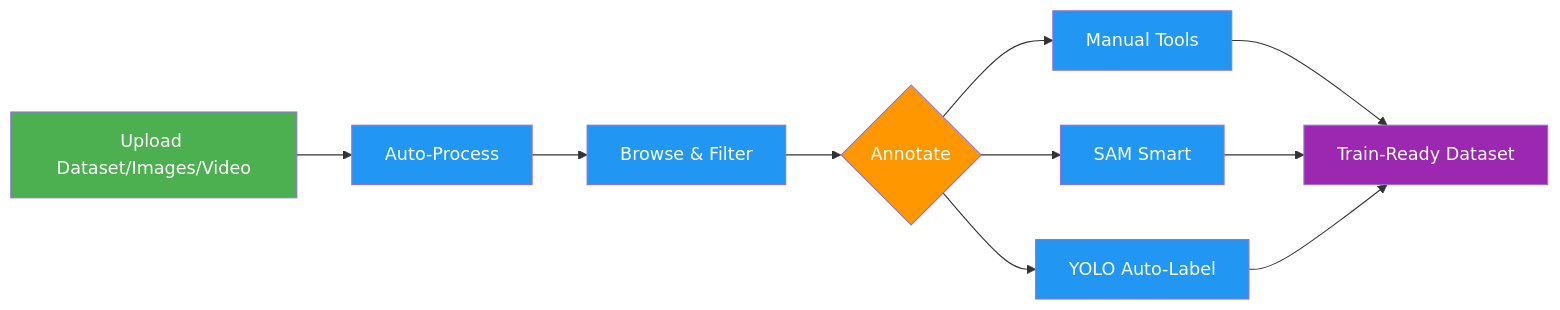
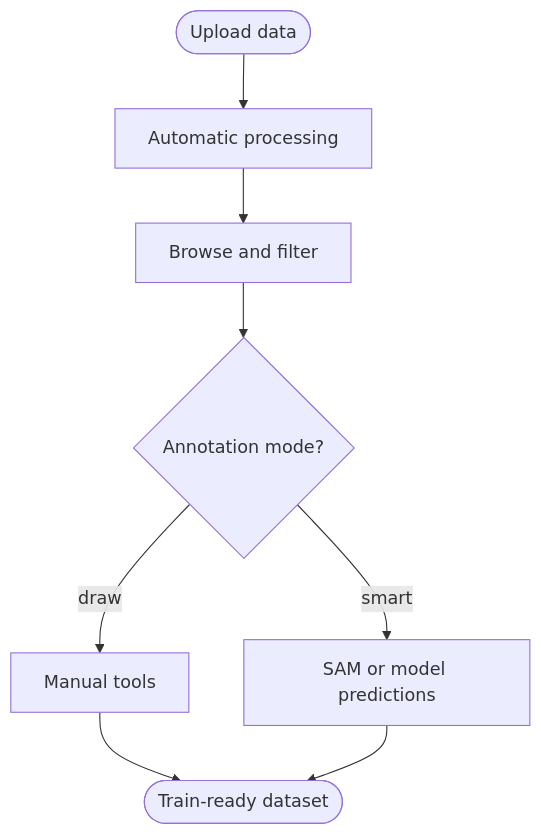
Before and after one commit to ultralytics/ultralytics: the second of 3 diagrams in docs/en/platform/index.md, drawn with Mermaid. The commit also changed other lines of this file and 20 other files, not shown here.

First line of the commit message:
Migrate docs Mermaid diagrams to the unified design system

````diff
--- a/docs/en/platform/index.md
+++ b/docs/en/platform/index.md
@@ -88,17 +82,10 @@
 ```mermaid
-graph LR
-    A[Upload Dataset/Images/Video]:::start --> B[Auto-Process]:::proc
-    B --> C[Browse & Filter]:::proc
-    C --> D{Annotate}:::decide
-    D --> E[Manual Tools]:::proc
-    D --> F[SAM Smart]:::proc
-    D --> G[YOLO Auto-Label]:::proc
-    E --> H[Train-Ready Dataset]:::out
-    F --> H
-    G --> H
-
-    classDef start fill:#4CAF50,color:#fff
-    classDef proc fill:#2196F3,color:#fff
-    classDef decide fill:#FF9800,color:#fff
-    classDef out fill:#9C27B0,color:#fff
+flowchart TD
+    A([Upload data]) --> B[Automatic processing]
+    B --> C[Browse and filter]
+    C --> D{Annotation mode?}
+    D -->|draw| E[Manual tools]
+    D -->|smart| F[SAM or model predictions]
+    E --> G([Train-ready dataset])
+    F --> G
 ```
````
